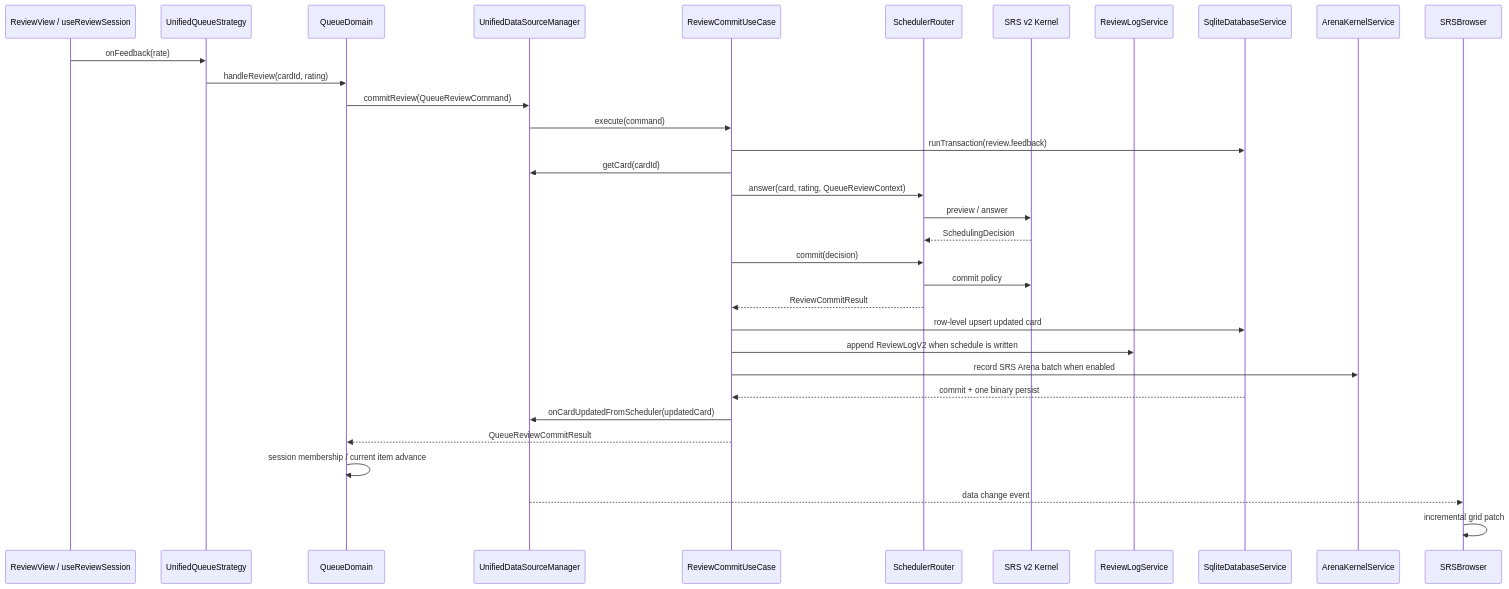
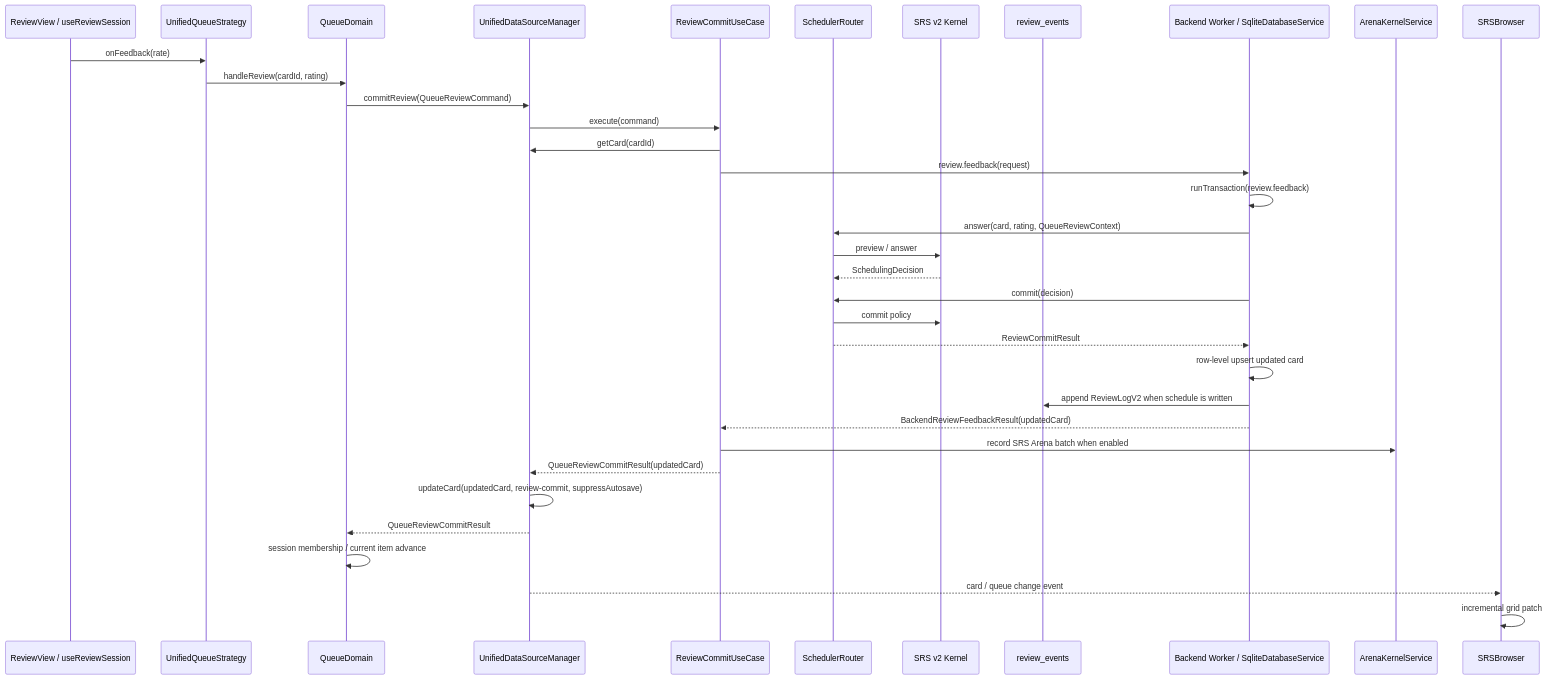
Before and after one commit to Dammyxy/siyuanmemoSRC: the second of 2 diagrams in ARCHITECTURE.md, drawn with Mermaid. The commit also changed other lines of this file and 11 other files, not shown here.

````diff
--- a/ARCHITECTURE.md
+++ b/ARCHITECTURE.md
@@ -197,36 +197,38 @@
 ```mermaid
 sequenceDiagram
   participant UI as ReviewView / useReviewSession
   participant QS as UnifiedQueueStrategy
   participant Q as QueueDomain
   participant UDSM as UnifiedDataSourceManager
   participant RCU as ReviewCommitUseCase
   participant SR as SchedulerRouter
   participant SRS as SRS v2 Kernel
-  participant LOG as ReviewLogService
-  participant SQL as SqliteDatabaseService
+  participant REV as review_events
+  participant BE as Backend Worker / SqliteDatabaseService
   participant AR as ArenaKernelService
   participant B as SRSBrowser
 
   UI->>QS: onFeedback(rate)
   QS->>Q: handleReview(cardId, rating)
   Q->>UDSM: commitReview(QueueReviewCommand)
   UDSM->>RCU: execute(command)
-  RCU->>SQL: runTransaction(review.feedback)
   RCU->>UDSM: getCard(cardId)
-  RCU->>SR: answer(card, rating, QueueReviewContext)
+  RCU->>BE: review.feedback(request)
+  BE->>BE: runTransaction(review.feedback)
+  BE->>SR: answer(card, rating, QueueReviewContext)
   SR->>SRS: preview / answer
   SRS-->>SR: SchedulingDecision
-  RCU->>SR: commit(decision)
+  BE->>SR: commit(decision)
   SR->>SRS: commit policy
-  SR-->>RCU: ReviewCommitResult
-  RCU->>SQL: row-level upsert updated card
-  RCU->>LOG: append ReviewLogV2 when schedule is written
+  SR-->>BE: ReviewCommitResult
+  BE->>BE: row-level upsert updated card
+  BE->>REV: append ReviewLogV2 when schedule is written
+  BE-->>RCU: BackendReviewFeedbackResult(updatedCard)
   RCU->>AR: record SRS Arena batch when enabled
-  SQL-->>RCU: commit + one binary persist
-  RCU->>UDSM: onCardUpdatedFromScheduler(updatedCard)
-  RCU-->>Q: QueueReviewCommitResult
+  RCU-->>UDSM: QueueReviewCommitResult(updatedCard)
+  UDSM->>UDSM: updateCard(updatedCard, review-commit, suppressAutosave)
+  UDSM-->>Q: QueueReviewCommitResult
   Q->>Q: session membership / current item advance
-  UDSM-->>B: data change event
+  UDSM-->>B: card / queue change event
   B->>B: incremental grid patch
 ```
````
